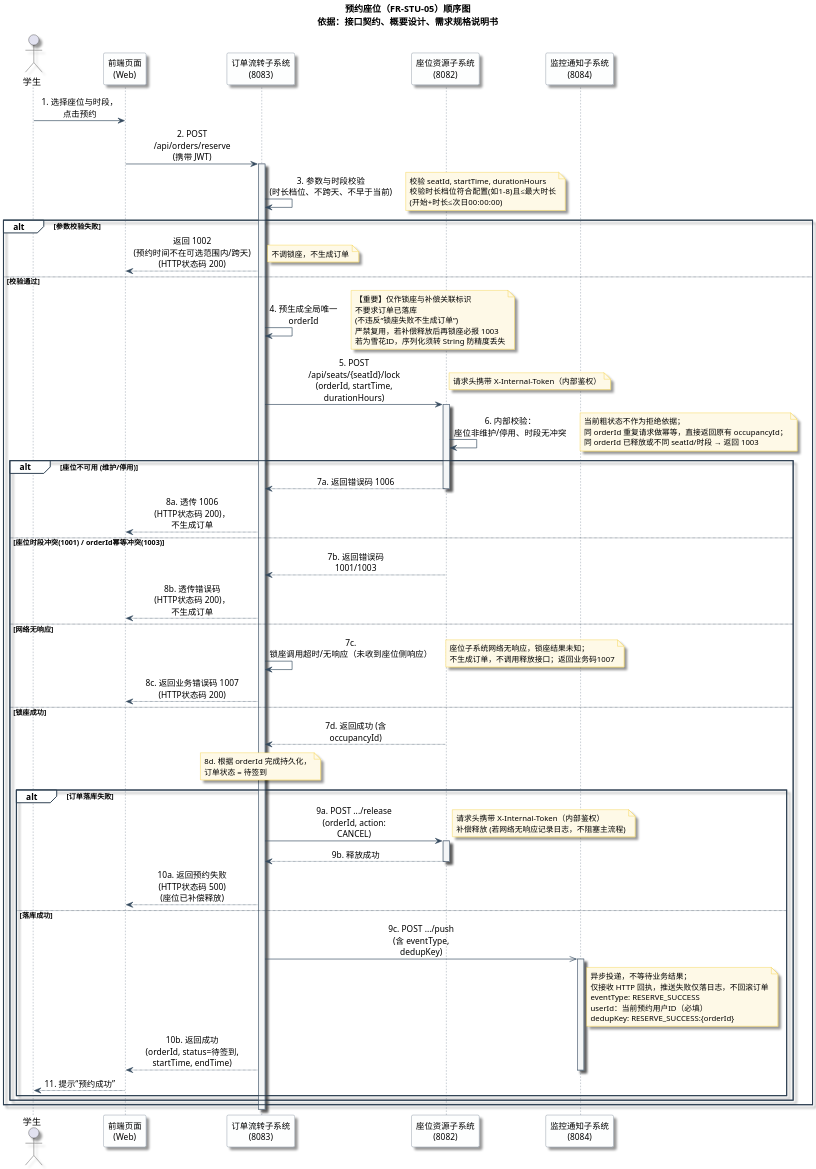
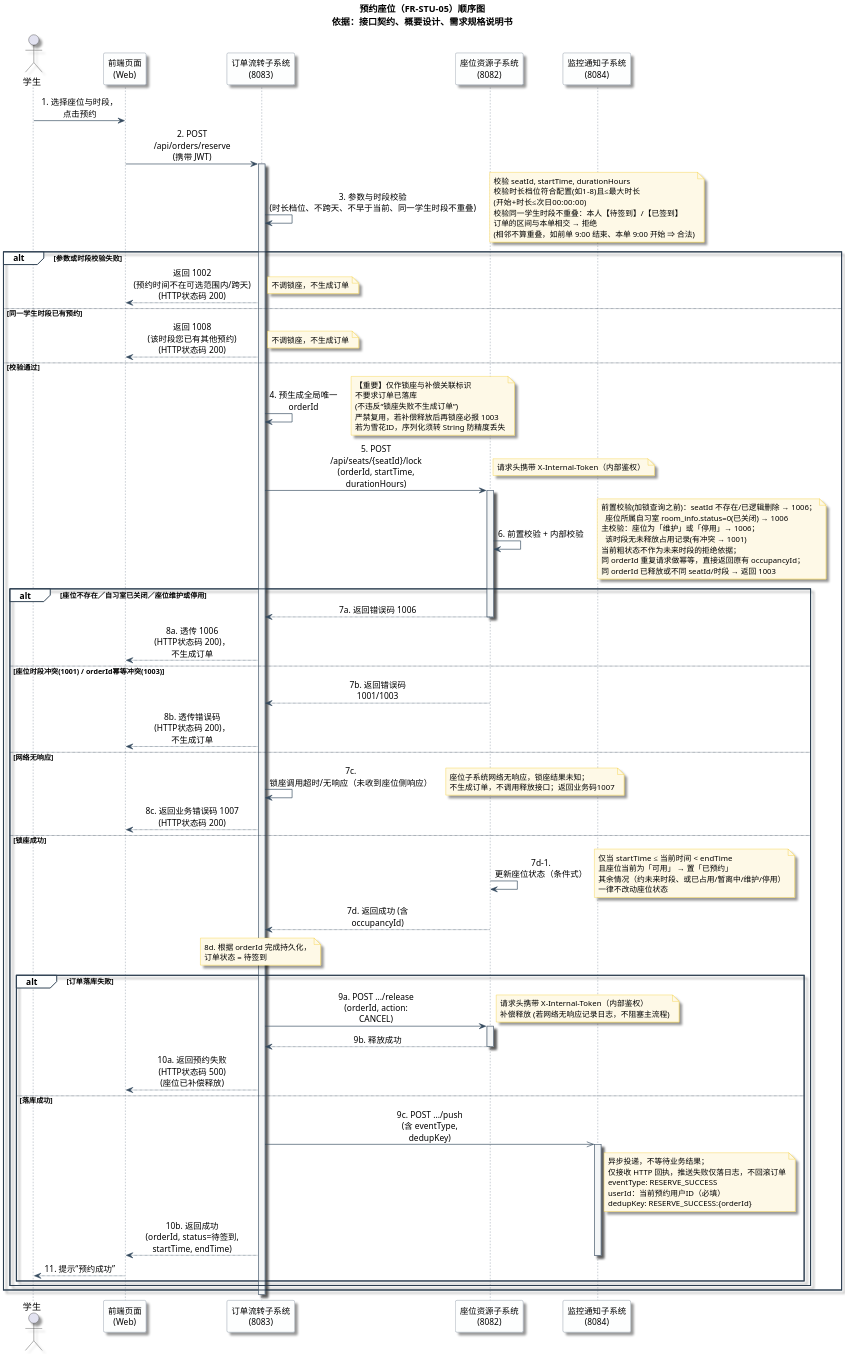
One commit to wlmm123/campus-study-room-system changed the diagram in 03_UML设计模型/sequence_studyroom.puml. Above: the diagram before and after it, drawn with PlantUML. The commit also changed 1 other file, not shown here.

Commit message:
成员3-预约顺序图的puml及png图

```diff
--- a/03_UML设计模型/sequence_studyroom.puml
+++ b/03_UML设计模型/sequence_studyroom.puml
@@ -1,124 +1,146 @@
 @startuml 校园自习室分布式预约管理系统_预约座位顺序图
 skinparam limitSize false
 skinparam dpi 200
 skinparam shadowing true
 skinparam linetype polyline
 skinparam sequenceMessageAlign center
 skinparam maxMessageSize 150
 
 ' 配色方案
 skinparam participant {
     BackgroundColor #FDFEFE
     BorderColor #5D6D7E
     FontSize 13
 }
 skinparam sequence {
     ArrowColor #34495E
     LifeLineBorderColor #5D6D7E
     LifeLineBackgroundColor #F4F6F7
     GroupBorderColor #2C3E50
     GroupBackgroundColor #FDFEFE
 }
 skinparam note {
     BackgroundColor #FEF9E7
     BorderColor #F1C40F
     FontSize 12
 }
 
 title 预约座位（FR-STU-05）顺序图\n依据：接口契约、概要设计、需求规格说明书
 
 actor 学生 as Student
 participant "前端页面\n(Web)" as Frontend
 participant "订单流转子系统\n(8083)" as OrderSvc
 participant "座位资源子系统\n(8082)" as SeatSvc
 participant "监控通知子系统\n(8084)" as NotifySvc
 
 Student -> Frontend : 1. 选择座位与时段，点击预约
 Frontend -> OrderSvc : 2. POST /api/orders/reserve\n(携带 JWT)
 activate OrderSvc
 
-OrderSvc -> OrderSvc : 3. 参数与时段校验\n(时长档位、不跨天、不早于当前)
-note right: 校验 seatId, startTime, durationHours\n校验时长档位符合配置(如1-8)且≤最大时长\n(开始+时长≤次日00:00:00)
+OrderSvc -> OrderSvc : 3. 参数与时段校验\n(时长档位、不跨天、不早于当前、同一学生时段不重叠)
+note right
+  校验 seatId, startTime, durationHours
+  校验时长档位符合配置(如1-8)且≤最大时长
+  (开始+时长≤次日00:00:00)
+  校验同一学生时段不重叠：本人【待签到】/【已签到】
+  订单的区间与本单相交 → 拒绝
+  (相邻不算重叠，如前单 9:00 结束、本单 9:00 开始 ⇒ 合法)
+end note
 
-alt 参数校验失败
+alt 参数或时段校验失败
     OrderSvc --> Frontend : 返回 1002 (预约时间不在可选范围内/跨天)\n(HTTP状态码 200)
+    note right: 不调锁座，不生成订单
+
+else 同一学生时段已有预约
+    OrderSvc --> Frontend : 返回 1008 (该时段您已有其他预约)\n(HTTP状态码 200)
     note right: 不调锁座，不生成订单
 
 else 校验通过
 
     OrderSvc -> OrderSvc : 4. 预生成全局唯一 orderId
     note right
       【重要】仅作锁座与补偿关联标识
       不要求订单已落库
       (不违反“锁座失败不生成订单”)
       严禁复用，若补偿释放后再锁座必报 1003
       若为雪花ID，序列化须转 String 防精度丢失
     end note
 
     OrderSvc -> SeatSvc : 5. POST /api/seats/{seatId}/lock\n(orderId, startTime, durationHours)
     note right: 请求头携带 X-Internal-Token（内部鉴权）
     activate SeatSvc
 
-    SeatSvc -> SeatSvc : 6. 内部校验：座位非维护/停用、时段无冲突
+    SeatSvc -> SeatSvc : 6. 前置校验 + 内部校验
     note right
-      当前粗状态不作为拒绝依据；
+      前置校验(加锁查询之前)：seatId 不存在/已逻辑删除 → 1006；
+        座位所属自习室 room_info.status=0(已关闭) → 1006
+      主校验：座位为「维护」或「停用」→ 1006；
+        该时段无未释放占用记录(有冲突 → 1001)
+      当前粗状态不作为未来时段的拒绝依据；
       同 orderId 重复请求做幂等，直接返回原有 occupancyId；
       同 orderId 已释放或不同 seatId/时段 → 返回 1003
     end note
 
-    alt 座位不可用 (维护/停用)
+    alt 座位不存在／自习室已关闭／座位维护或停用
         SeatSvc --> OrderSvc : 7a. 返回错误码 1006
         deactivate SeatSvc
         OrderSvc --> Frontend : 8a. 透传 1006 (HTTP状态码 200)，不生成订单
 
     else 座位时段冲突(1001) / orderId幂等冲突(1003)
         SeatSvc --> OrderSvc : 7b. 返回错误码 1001/1003
         deactivate SeatSvc
         OrderSvc --> Frontend : 8b. 透传错误码 (HTTP状态码 200)，不生成订单
 
     else 网络无响应
         OrderSvc -> OrderSvc : 7c. 锁座调用超时/无响应（未收到座位侧响应）
         note right
           座位子系统网络无响应，锁座结果未知；
           不生成订单，不调用释放接口；返回业务码1007
         end note
         deactivate SeatSvc
         OrderSvc --> Frontend : 8c. 返回业务错误码 1007\n(HTTP状态码 200)
 
     else 锁座成功
+        SeatSvc -> SeatSvc : 7d-1. 更新座位状态（条件式）
+        note right
+          仅当 startTime ≤ 当前时间 < endTime
+          且座位当前为「可用」 → 置「已预约」
+          其余情况（约未来时段、或已占用/暂离中/维护/停用）
+          一律不改动座位状态
+        end note
         SeatSvc --> OrderSvc : 7d. 返回成功 (含 occupancyId)
         deactivate SeatSvc
 
         note over OrderSvc: 8d. 根据 orderId 完成持久化，\n订单状态 = 待签到
 
         alt 订单落库失败
             OrderSvc -> SeatSvc : 9a. POST .../release\n(orderId, action: CANCEL)
             note right
               请求头携带 X-Internal-Token（内部鉴权）
               补偿释放 (若网络无响应记录日志，不阻塞主流程)
             end note
             activate SeatSvc
             SeatSvc --> OrderSvc : 9b. 释放成功
             deactivate SeatSvc
             OrderSvc --> Frontend : 10a. 返回预约失败 (HTTP状态码 500)\n(座位已补偿释放)
 
         else 落库成功
             OrderSvc ->> NotifySvc : 9c. POST .../push\n(含 eventType, dedupKey)
             activate NotifySvc
             note right of NotifySvc
               异步投递，不等待业务结果；
               仅接收 HTTP 回执，推送失败仅落日志，不回滚订单
               eventType: RESERVE_SUCCESS
               userId：当前预约用户ID（必填）
               dedupKey: RESERVE_SUCCESS:{orderId}
             end note
 
             OrderSvc --> Frontend : 10b. 返回成功\n(orderId, status=待签到, startTime, endTime)
             deactivate NotifySvc
             Frontend --> Student : 11. 提示“预约成功”
         end
     end
 end
 deactivate OrderSvc
 
 @enduml
```
